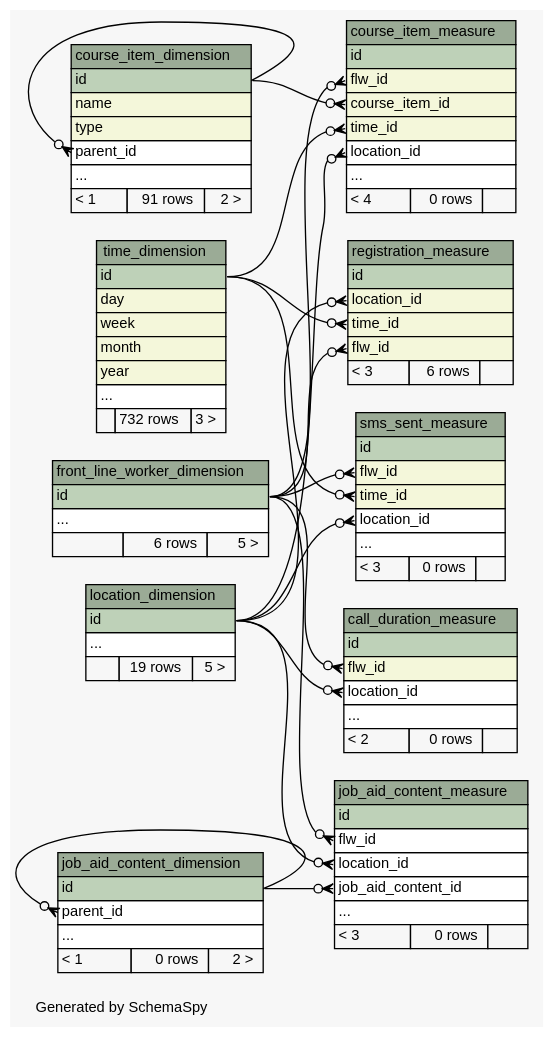
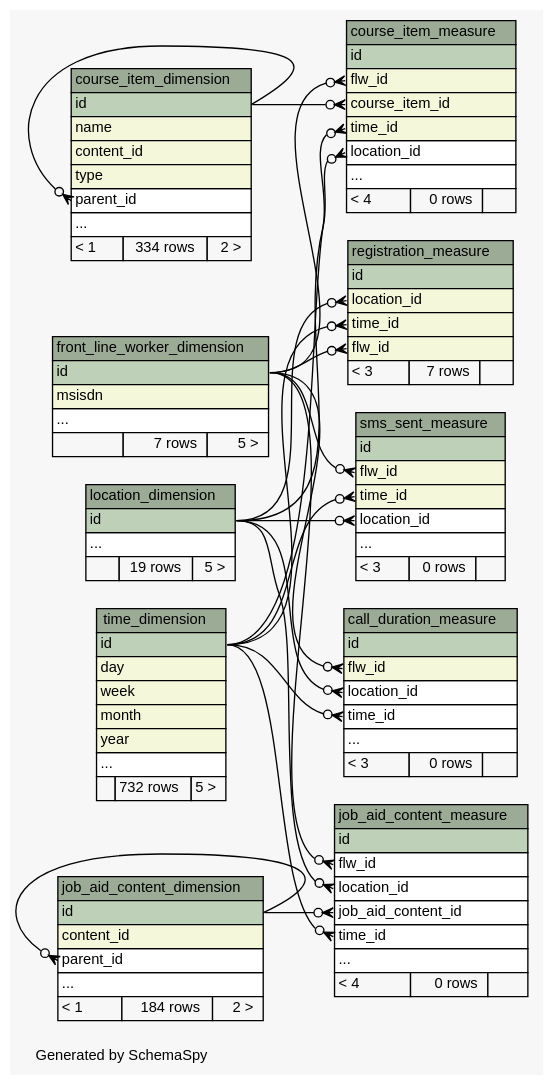
The diagram in ananya-report/build/schemaspy-output/diagrams/summary/relationships.real.compact.dot (motech/ananya), drawn with Graphviz before and after one commit. The commit also changed 73 other files, not shown here.

Commit message:
vijay|#00|updated schemaspy output

```diff
--- a/ananya-report/build/schemaspy-output/diagrams/summary/relationships.real.compact.dot
+++ b/ananya-report/build/schemaspy-output/diagrams/summary/relationships.real.compact.dot
@@ -1,171 +1,178 @@
-// dot 2.28.0 on Mac OS X 10.7.3
+// dot 2.26.3 on Linux 2.6.38-11-generic-pae
 // SchemaSpy rev 590
 digraph "compactRelationshipsDiagram" {
   graph [
     rankdir="RL"
     bgcolor="#f7f7f7"
     label="\nGenerated by SchemaSpy"
     labeljust="l"
     nodesep="0.18"
     ranksep="0.46"
     fontname="Helvetica"
     fontsize="11"
   ];
   node [
     fontname="Helvetica"
     fontsize="11"
     shape="plaintext"
   ];
   edge [
     arrowsize="0.8"
   ];
   "call_duration_measure" [
     label=<
     <TABLE BORDER="0" CELLBORDER="1" CELLSPACING="0" BGCOLOR="#ffffff">
       <TR><TD COLSPAN="3" BGCOLOR="#9bab96" ALIGN="CENTER">call_duration_measure</TD></TR>
       <TR><TD PORT="id" COLSPAN="3" BGCOLOR="#bed1b8" ALIGN="LEFT">id</TD></TR>
       <TR><TD PORT="flw_id" COLSPAN="3" BGCOLOR="#f4f7da" ALIGN="LEFT">flw_id</TD></TR>
       <TR><TD PORT="location_id" COLSPAN="3" ALIGN="LEFT">location_id</TD></TR>
+      <TR><TD PORT="time_id" COLSPAN="3" ALIGN="LEFT">time_id</TD></TR>
       <TR><TD PORT="elipses" COLSPAN="3" ALIGN="LEFT">...</TD></TR>
-      <TR><TD ALIGN="LEFT" BGCOLOR="#f7f7f7">&lt; 2</TD><TD ALIGN="RIGHT" BGCOLOR="#f7f7f7">0 rows</TD><TD ALIGN="RIGHT" BGCOLOR="#f7f7f7">  </TD></TR>
+      <TR><TD ALIGN="LEFT" BGCOLOR="#f7f7f7">&lt; 3</TD><TD ALIGN="RIGHT" BGCOLOR="#f7f7f7">0 rows</TD><TD ALIGN="RIGHT" BGCOLOR="#f7f7f7">  </TD></TR>
     </TABLE>>
     URL="tables/call_duration_measure.html"
     tooltip="call_duration_measure"
   ];
   "course_item_dimension" [
     label=<
     <TABLE BORDER="0" CELLBORDER="1" CELLSPACING="0" BGCOLOR="#ffffff">
       <TR><TD COLSPAN="3" BGCOLOR="#9bab96" ALIGN="CENTER">course_item_dimension</TD></TR>
       <TR><TD PORT="id" COLSPAN="3" BGCOLOR="#bed1b8" ALIGN="LEFT">id</TD></TR>
       <TR><TD PORT="name" COLSPAN="3" BGCOLOR="#f4f7da" ALIGN="LEFT">name</TD></TR>
+      <TR><TD PORT="content_id" COLSPAN="3" BGCOLOR="#f4f7da" ALIGN="LEFT">content_id</TD></TR>
       <TR><TD PORT="type" COLSPAN="3" BGCOLOR="#f4f7da" ALIGN="LEFT">type</TD></TR>
       <TR><TD PORT="parent_id" COLSPAN="3" ALIGN="LEFT">parent_id</TD></TR>
       <TR><TD PORT="elipses" COLSPAN="3" ALIGN="LEFT">...</TD></TR>
-      <TR><TD ALIGN="LEFT" BGCOLOR="#f7f7f7">&lt; 1</TD><TD ALIGN="RIGHT" BGCOLOR="#f7f7f7">91 rows</TD><TD ALIGN="RIGHT" BGCOLOR="#f7f7f7">2 &gt;</TD></TR>
+      <TR><TD ALIGN="LEFT" BGCOLOR="#f7f7f7">&lt; 1</TD><TD ALIGN="RIGHT" BGCOLOR="#f7f7f7">334 rows</TD><TD ALIGN="RIGHT" BGCOLOR="#f7f7f7">2 &gt;</TD></TR>
     </TABLE>>
     URL="tables/course_item_dimension.html"
     tooltip="course_item_dimension"
   ];
   "course_item_measure" [
     label=<
     <TABLE BORDER="0" CELLBORDER="1" CELLSPACING="0" BGCOLOR="#ffffff">
       <TR><TD COLSPAN="3" BGCOLOR="#9bab96" ALIGN="CENTER">course_item_measure</TD></TR>
       <TR><TD PORT="id" COLSPAN="3" BGCOLOR="#bed1b8" ALIGN="LEFT">id</TD></TR>
       <TR><TD PORT="flw_id" COLSPAN="3" BGCOLOR="#f4f7da" ALIGN="LEFT">flw_id</TD></TR>
       <TR><TD PORT="course_item_id" COLSPAN="3" BGCOLOR="#f4f7da" ALIGN="LEFT">course_item_id</TD></TR>
       <TR><TD PORT="time_id" COLSPAN="3" BGCOLOR="#f4f7da" ALIGN="LEFT">time_id</TD></TR>
       <TR><TD PORT="location_id" COLSPAN="3" ALIGN="LEFT">location_id</TD></TR>
       <TR><TD PORT="elipses" COLSPAN="3" ALIGN="LEFT">...</TD></TR>
       <TR><TD ALIGN="LEFT" BGCOLOR="#f7f7f7">&lt; 4</TD><TD ALIGN="RIGHT" BGCOLOR="#f7f7f7">0 rows</TD><TD ALIGN="RIGHT" BGCOLOR="#f7f7f7">  </TD></TR>
     </TABLE>>
     URL="tables/course_item_measure.html"
     tooltip="course_item_measure"
   ];
   "front_line_worker_dimension" [
     label=<
     <TABLE BORDER="0" CELLBORDER="1" CELLSPACING="0" BGCOLOR="#ffffff">
       <TR><TD COLSPAN="3" BGCOLOR="#9bab96" ALIGN="CENTER">front_line_worker_dimension</TD></TR>
       <TR><TD PORT="id" COLSPAN="3" BGCOLOR="#bed1b8" ALIGN="LEFT">id</TD></TR>
+      <TR><TD PORT="msisdn" COLSPAN="3" BGCOLOR="#f4f7da" ALIGN="LEFT">msisdn</TD></TR>
       <TR><TD PORT="elipses" COLSPAN="3" ALIGN="LEFT">...</TD></TR>
-      <TR><TD ALIGN="LEFT" BGCOLOR="#f7f7f7">  </TD><TD ALIGN="RIGHT" BGCOLOR="#f7f7f7">6 rows</TD><TD ALIGN="RIGHT" BGCOLOR="#f7f7f7">5 &gt;</TD></TR>
+      <TR><TD ALIGN="LEFT" BGCOLOR="#f7f7f7">  </TD><TD ALIGN="RIGHT" BGCOLOR="#f7f7f7">7 rows</TD><TD ALIGN="RIGHT" BGCOLOR="#f7f7f7">5 &gt;</TD></TR>
     </TABLE>>
     URL="tables/front_line_worker_dimension.html"
     tooltip="front_line_worker_dimension"
   ];
   "job_aid_content_dimension" [
     label=<
     <TABLE BORDER="0" CELLBORDER="1" CELLSPACING="0" BGCOLOR="#ffffff">
       <TR><TD COLSPAN="3" BGCOLOR="#9bab96" ALIGN="CENTER">job_aid_content_dimension</TD></TR>
       <TR><TD PORT="id" COLSPAN="3" BGCOLOR="#bed1b8" ALIGN="LEFT">id</TD></TR>
+      <TR><TD PORT="content_id" COLSPAN="3" BGCOLOR="#f4f7da" ALIGN="LEFT">content_id</TD></TR>
       <TR><TD PORT="parent_id" COLSPAN="3" ALIGN="LEFT">parent_id</TD></TR>
       <TR><TD PORT="elipses" COLSPAN="3" ALIGN="LEFT">...</TD></TR>
-      <TR><TD ALIGN="LEFT" BGCOLOR="#f7f7f7">&lt; 1</TD><TD ALIGN="RIGHT" BGCOLOR="#f7f7f7">0 rows</TD><TD ALIGN="RIGHT" BGCOLOR="#f7f7f7">2 &gt;</TD></TR>
+      <TR><TD ALIGN="LEFT" BGCOLOR="#f7f7f7">&lt; 1</TD><TD ALIGN="RIGHT" BGCOLOR="#f7f7f7">184 rows</TD><TD ALIGN="RIGHT" BGCOLOR="#f7f7f7">2 &gt;</TD></TR>
     </TABLE>>
     URL="tables/job_aid_content_dimension.html"
     tooltip="job_aid_content_dimension"
   ];
   "job_aid_content_measure" [
     label=<
     <TABLE BORDER="0" CELLBORDER="1" CELLSPACING="0" BGCOLOR="#ffffff">
       <TR><TD COLSPAN="3" BGCOLOR="#9bab96" ALIGN="CENTER">job_aid_content_measure</TD></TR>
       <TR><TD PORT="id" COLSPAN="3" BGCOLOR="#bed1b8" ALIGN="LEFT">id</TD></TR>
       <TR><TD PORT="flw_id" COLSPAN="3" ALIGN="LEFT">flw_id</TD></TR>
       <TR><TD PORT="location_id" COLSPAN="3" ALIGN="LEFT">location_id</TD></TR>
       <TR><TD PORT="job_aid_content_id" COLSPAN="3" ALIGN="LEFT">job_aid_content_id</TD></TR>
+      <TR><TD PORT="time_id" COLSPAN="3" ALIGN="LEFT">time_id</TD></TR>
       <TR><TD PORT="elipses" COLSPAN="3" ALIGN="LEFT">...</TD></TR>
-      <TR><TD ALIGN="LEFT" BGCOLOR="#f7f7f7">&lt; 3</TD><TD ALIGN="RIGHT" BGCOLOR="#f7f7f7">0 rows</TD><TD ALIGN="RIGHT" BGCOLOR="#f7f7f7">  </TD></TR>
+      <TR><TD ALIGN="LEFT" BGCOLOR="#f7f7f7">&lt; 4</TD><TD ALIGN="RIGHT" BGCOLOR="#f7f7f7">0 rows</TD><TD ALIGN="RIGHT" BGCOLOR="#f7f7f7">  </TD></TR>
     </TABLE>>
     URL="tables/job_aid_content_measure.html"
     tooltip="job_aid_content_measure"
   ];
   "location_dimension" [
     label=<
     <TABLE BORDER="0" CELLBORDER="1" CELLSPACING="0" BGCOLOR="#ffffff">
       <TR><TD COLSPAN="3" BGCOLOR="#9bab96" ALIGN="CENTER">location_dimension</TD></TR>
       <TR><TD PORT="id" COLSPAN="3" BGCOLOR="#bed1b8" ALIGN="LEFT">id</TD></TR>
       <TR><TD PORT="elipses" COLSPAN="3" ALIGN="LEFT">...</TD></TR>
       <TR><TD ALIGN="LEFT" BGCOLOR="#f7f7f7">  </TD><TD ALIGN="RIGHT" BGCOLOR="#f7f7f7">19 rows</TD><TD ALIGN="RIGHT" BGCOLOR="#f7f7f7">5 &gt;</TD></TR>
     </TABLE>>
     URL="tables/location_dimension.html"
     tooltip="location_dimension"
   ];
   "registration_measure" [
     label=<
     <TABLE BORDER="0" CELLBORDER="1" CELLSPACING="0" BGCOLOR="#ffffff">
       <TR><TD COLSPAN="3" BGCOLOR="#9bab96" ALIGN="CENTER">registration_measure</TD></TR>
       <TR><TD PORT="id" COLSPAN="3" BGCOLOR="#bed1b8" ALIGN="LEFT">id</TD></TR>
       <TR><TD PORT="location_id" COLSPAN="3" BGCOLOR="#f4f7da" ALIGN="LEFT">location_id</TD></TR>
       <TR><TD PORT="time_id" COLSPAN="3" BGCOLOR="#f4f7da" ALIGN="LEFT">time_id</TD></TR>
       <TR><TD PORT="flw_id" COLSPAN="3" BGCOLOR="#f4f7da" ALIGN="LEFT">flw_id</TD></TR>
-      <TR><TD ALIGN="LEFT" BGCOLOR="#f7f7f7">&lt; 3</TD><TD ALIGN="RIGHT" BGCOLOR="#f7f7f7">6 rows</TD><TD ALIGN="RIGHT" BGCOLOR="#f7f7f7">  </TD></TR>
+      <TR><TD ALIGN="LEFT" BGCOLOR="#f7f7f7">&lt; 3</TD><TD ALIGN="RIGHT" BGCOLOR="#f7f7f7">7 rows</TD><TD ALIGN="RIGHT" BGCOLOR="#f7f7f7">  </TD></TR>
     </TABLE>>
     URL="tables/registration_measure.html"
     tooltip="registration_measure"
   ];
   "sms_sent_measure" [
     label=<
     <TABLE BORDER="0" CELLBORDER="1" CELLSPACING="0" BGCOLOR="#ffffff">
       <TR><TD COLSPAN="3" BGCOLOR="#9bab96" ALIGN="CENTER">sms_sent_measure</TD></TR>
       <TR><TD PORT="id" COLSPAN="3" BGCOLOR="#bed1b8" ALIGN="LEFT">id</TD></TR>
       <TR><TD PORT="flw_id" COLSPAN="3" BGCOLOR="#f4f7da" ALIGN="LEFT">flw_id</TD></TR>
       <TR><TD PORT="time_id" COLSPAN="3" BGCOLOR="#f4f7da" ALIGN="LEFT">time_id</TD></TR>
       <TR><TD PORT="location_id" COLSPAN="3" ALIGN="LEFT">location_id</TD></TR>
       <TR><TD PORT="elipses" COLSPAN="3" ALIGN="LEFT">...</TD></TR>
       <TR><TD ALIGN="LEFT" BGCOLOR="#f7f7f7">&lt; 3</TD><TD ALIGN="RIGHT" BGCOLOR="#f7f7f7">0 rows</TD><TD ALIGN="RIGHT" BGCOLOR="#f7f7f7">  </TD></TR>
     </TABLE>>
     URL="tables/sms_sent_measure.html"
     tooltip="sms_sent_measure"
   ];
   "time_dimension" [
     label=<
     <TABLE BORDER="0" CELLBORDER="1" CELLSPACING="0" BGCOLOR="#ffffff">
       <TR><TD COLSPAN="3" BGCOLOR="#9bab96" ALIGN="CENTER">time_dimension</TD></TR>
       <TR><TD PORT="id" COLSPAN="3" BGCOLOR="#bed1b8" ALIGN="LEFT">id</TD></TR>
       <TR><TD PORT="day" COLSPAN="3" BGCOLOR="#f4f7da" ALIGN="LEFT">day</TD></TR>
       <TR><TD PORT="week" COLSPAN="3" BGCOLOR="#f4f7da" ALIGN="LEFT">week</TD></TR>
       <TR><TD PORT="month" COLSPAN="3" BGCOLOR="#f4f7da" ALIGN="LEFT">month</TD></TR>
       <TR><TD PORT="year" COLSPAN="3" BGCOLOR="#f4f7da" ALIGN="LEFT">year</TD></TR>
       <TR><TD PORT="elipses" COLSPAN="3" ALIGN="LEFT">...</TD></TR>
-      <TR><TD ALIGN="LEFT" BGCOLOR="#f7f7f7">  </TD><TD ALIGN="RIGHT" BGCOLOR="#f7f7f7">732 rows</TD><TD ALIGN="RIGHT" BGCOLOR="#f7f7f7">3 &gt;</TD></TR>
+      <TR><TD ALIGN="LEFT" BGCOLOR="#f7f7f7">  </TD><TD ALIGN="RIGHT" BGCOLOR="#f7f7f7">732 rows</TD><TD ALIGN="RIGHT" BGCOLOR="#f7f7f7">5 &gt;</TD></TR>
     </TABLE>>
     URL="tables/time_dimension.html"
     tooltip="time_dimension"
   ];
   "call_duration_measure":"flw_id":w -> "front_line_worker_dimension":"id":e [arrowhead=none dir=back arrowtail=crowodot];
   "call_duration_measure":"location_id":w -> "location_dimension":"id":e [arrowhead=none dir=back arrowtail=crowodot];
+  "call_duration_measure":"time_id":w -> "time_dimension":"id":e [arrowhead=none dir=back arrowtail=crowodot];
   "course_item_dimension":"parent_id":w -> "course_item_dimension":"id":e [arrowhead=none dir=back arrowtail=crowodot];
   "course_item_measure":"course_item_id":w -> "course_item_dimension":"id":e [arrowhead=none dir=back arrowtail=crowodot];
   "course_item_measure":"flw_id":w -> "front_line_worker_dimension":"id":e [arrowhead=none dir=back arrowtail=crowodot];
   "course_item_measure":"location_id":w -> "location_dimension":"id":e [arrowhead=none dir=back arrowtail=crowodot];
   "course_item_measure":"time_id":w -> "time_dimension":"id":e [arrowhead=none dir=back arrowtail=crowodot];
   "job_aid_content_dimension":"parent_id":w -> "job_aid_content_dimension":"id":e [arrowhead=none dir=back arrowtail=crowodot];
   "job_aid_content_measure":"flw_id":w -> "front_line_worker_dimension":"id":e [arrowhead=none dir=back arrowtail=crowodot];
   "job_aid_content_measure":"job_aid_content_id":w -> "job_aid_content_dimension":"id":e [arrowhead=none dir=back arrowtail=crowodot];
   "job_aid_content_measure":"location_id":w -> "location_dimension":"id":e [arrowhead=none dir=back arrowtail=crowodot];
+  "job_aid_content_measure":"time_id":w -> "time_dimension":"id":e [arrowhead=none dir=back arrowtail=crowodot];
   "registration_measure":"flw_id":w -> "front_line_worker_dimension":"id":e [arrowhead=none dir=back arrowtail=crowodot];
   "registration_measure":"location_id":w -> "location_dimension":"id":e [arrowhead=none dir=back arrowtail=crowodot];
   "registration_measure":"time_id":w -> "time_dimension":"id":e [arrowhead=none dir=back arrowtail=crowodot];
   "sms_sent_measure":"flw_id":w -> "front_line_worker_dimension":"id":e [arrowhead=none dir=back arrowtail=crowodot];
   "sms_sent_measure":"location_id":w -> "location_dimension":"id":e [arrowhead=none dir=back arrowtail=crowodot];
   "sms_sent_measure":"time_id":w -> "time_dimension":"id":e [arrowhead=none dir=back arrowtail=crowodot];
 }
```
